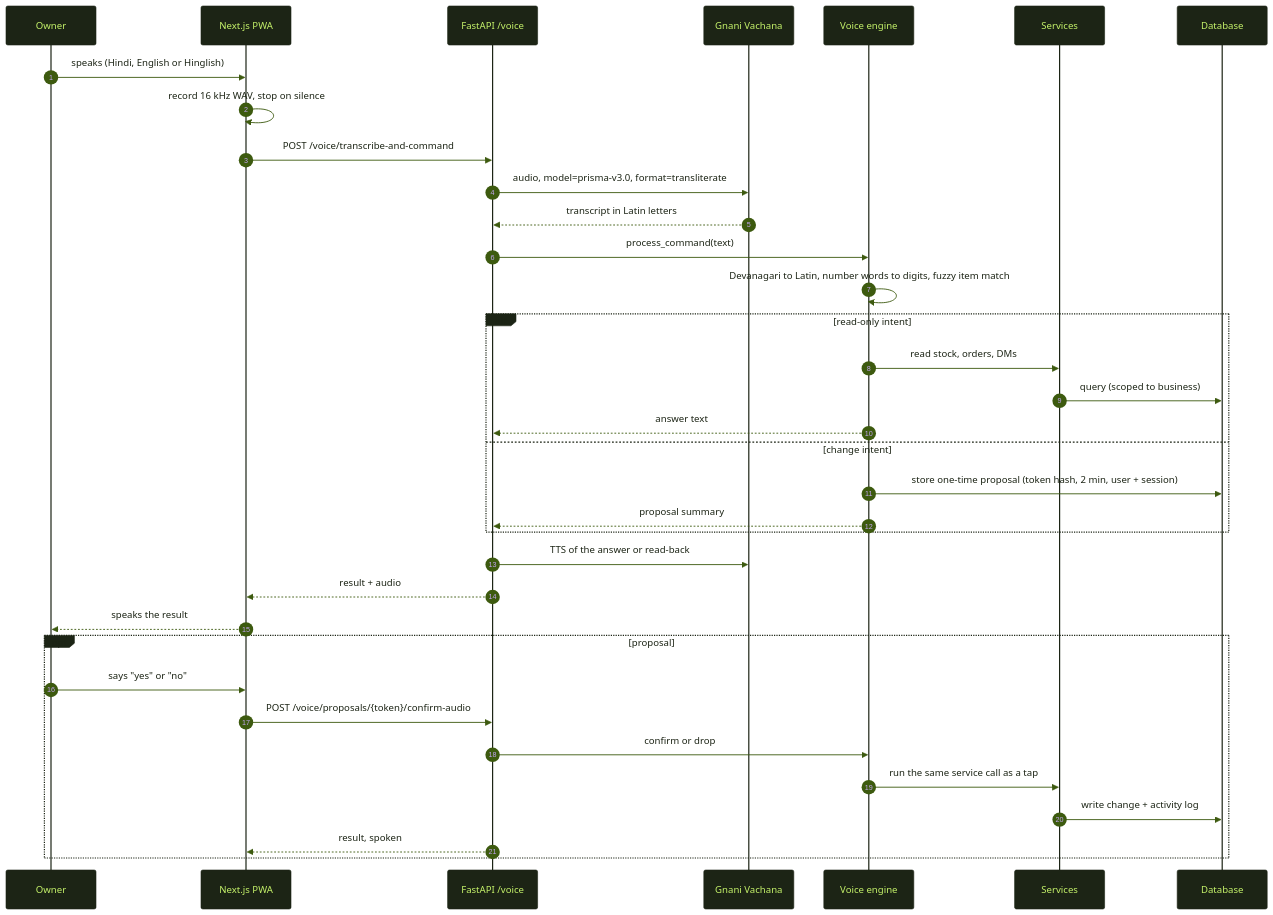
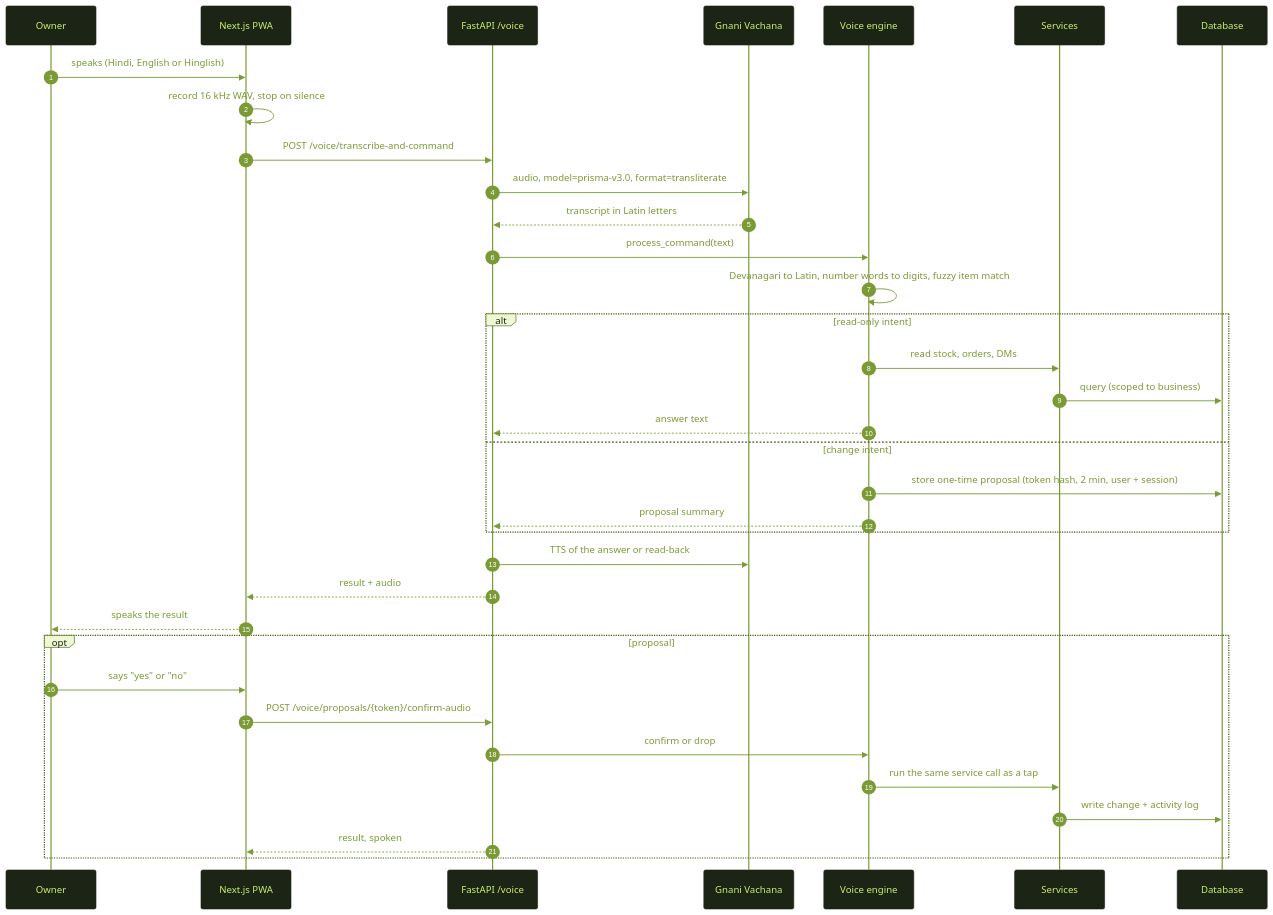
Before and after one commit to AaliyaKhan25/factor: the second of 4 diagrams in README.md, drawn with Mermaid. The commit also changed other lines of this file, not shown here.

````diff
--- a/README.md
+++ b/README.md
@@ -235,38 +235,38 @@
 ```mermaid
-%%{init: {'theme':'base','themeVariables':{'primaryColor':'#eef9d3','primaryTextColor':'#1c2415','primaryBorderColor':'#3d5a0f','lineColor':'#3d5a0f','actorBkg':'#1c2415','actorTextColor':'#c5f26a','actorBorder':'#1c2415','labelTextColor':'#1c2415','loopTextColor':'#1c2415','signalColor':'#3d5a0f','signalTextColor':'#1c2415','noteBkgColor':'#eef9d3','noteTextColor':'#1c2415','fontFamily':'Inter, Segoe UI, sans-serif'}}}%%
+%%{init: {'theme':'base','themeVariables':{'primaryColor':'#eef9d3','primaryTextColor':'#1c2415','primaryBorderColor':'#3d5a0f','lineColor':'#7a9a35','actorBkg':'#1c2415','actorTextColor':'#c5f26a','actorBorder':'#1c2415','actorLineColor':'#7a9a35','labelBoxBkgColor':'#eef9d3','labelBoxBorderColor':'#3d5a0f','labelTextColor':'#1c2415','loopTextColor':'#7a9a35','signalColor':'#7a9a35','signalTextColor':'#7a9a35','textColor':'#7a9a35','sequenceNumberColor':'#ffffff','noteBkgColor':'#eef9d3','noteTextColor':'#1c2415','noteBorderColor':'#3d5a0f','fontFamily':'Inter, Segoe UI, sans-serif'}}}%%
 sequenceDiagram
   autonumber
   participant Owner
   participant Web as Next.js PWA
   participant API as FastAPI /voice
   participant Gnani as Gnani Vachana
   participant Eng as Voice engine
   participant Svc as Services
   participant DB as Database
   Owner->>Web: speaks (Hindi, English or Hinglish)
   Web->>Web: record 16 kHz WAV, stop on silence
   Web->>API: POST /voice/transcribe-and-command
   API->>Gnani: audio, model=prisma-v3.0, format=transliterate
   Gnani-->>API: transcript in Latin letters
   API->>Eng: process_command(text)
   Eng->>Eng: Devanagari to Latin, number words to digits, fuzzy item match
   alt read-only intent
     Eng->>Svc: read stock, orders, DMs
     Svc->>DB: query (scoped to business)
     Eng-->>API: answer text
   else change intent
     Eng->>DB: store one-time proposal (token hash, 2 min, user + session)
     Eng-->>API: proposal summary
   end
   API->>Gnani: TTS of the answer or read-back
   API-->>Web: result + audio
   Web-->>Owner: speaks the result
   opt proposal
     Owner->>Web: says "yes" or "no"
     Web->>API: POST /voice/proposals/{token}/confirm-audio
     API->>Eng: confirm or drop
     Eng->>Svc: run the same service call as a tap
     Svc->>DB: write change + activity log
     API-->>Web: result, spoken
   end
 ```
````
